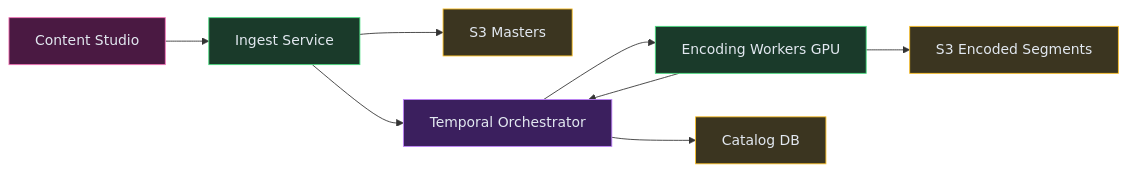
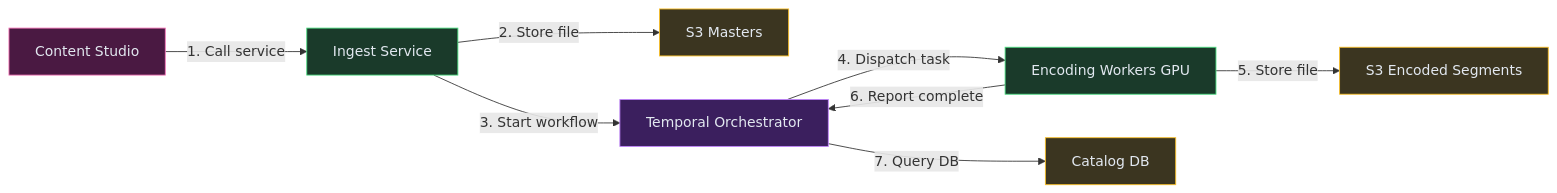
One commit to iluzn/HLD-Designs changed the second of 10 diagrams in content/hld/Netflix.md. Above: the diagram before and after it, drawn with Mermaid. The commit also changed other lines of this file and 27 other files, not shown here.

````diff
--- a/content/hld/Netflix.md
+++ b/content/hld/Netflix.md
@@ -195,25 +195,25 @@
 ```mermaid
 flowchart LR
     Studio["Content Studio"]:::external
     IS["Ingest Service"]:::service
     S3M["S3 Masters"]:::data
     ORCH["Temporal Orchestrator"]:::async
     EW["Encoding Workers GPU"]:::service
     S3E["S3 Encoded Segments"]:::data
     CAT["Catalog DB"]:::data
 
-    Studio --> IS
-    IS --> S3M
-    IS --> ORCH
-    ORCH --> EW
-    EW --> S3E
-    EW --> ORCH
-    ORCH --> CAT
+    Studio -->|"1. Call service"| IS
+    IS -->|"2. Store file"| S3M
+    IS -->|"3. Start workflow"| ORCH
+    ORCH -->|"4. Dispatch task"| EW
+    EW -->|"5. Store file"| S3E
+    EW -->|"6. Report complete"| ORCH
+    ORCH -->|"7. Query DB"| CAT
 
     classDef client fill:#4c3a5e,stroke:#818cf8,color:#e2e8f0
     classDef edge fill:#1e3a5f,stroke:#60a5fa,color:#e2e8f0
     classDef service fill:#1a3a2a,stroke:#4ade80,color:#e2e8f0
     classDef async fill:#3b1f5e,stroke:#c084fc,color:#e2e8f0
     classDef data fill:#3b3520,stroke:#fbbf24,color:#e2e8f0
     classDef external fill:#4a1942,stroke:#f472b6,color:#e2e8f0
 ```
````
